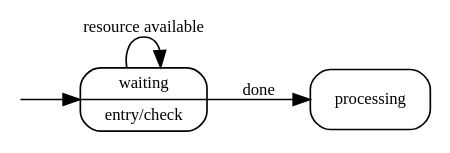
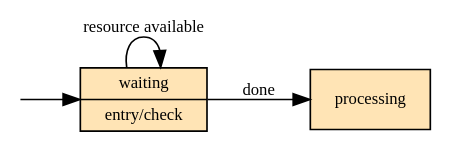
Before and after one commit to simonjwright/coldframe: the diagram in self-events.dot, drawn with Graphviz.

Commit message:
Mrecords can't be filled; has to be a plain record.

```diff
--- a/self-events.dot
+++ b/self-events.dot
@@ -1,16 +1,18 @@
-// $Id: self-events.dot,v b5c990f673e3 2007/10/20 19:48:53 simonjwright $
+// $Id: self-events.dot,v fe2fb3e44d2a 2007/10/21 17:59:05 simonjwright $
 // dot diagram showing use of self event to count resources
 
 digraph {
 
-rankdir=LR
+edge [fontsize=10];
+node [shape=record, style=filled, fillcolor="moccasin", fontsize=10];
+rankdir=LR;
 
-initial [shape=point, width=0]
-waiting [shape=Mrecord, label="waiting | entry/check", fontsize=10]
-processing [shape=Mrecord, fontsize=10]
+initial [shape=point, style=invisible, width=0];
+waiting [label="waiting | entry/check"];
+processing [];
 
-initial -> waiting
-waiting -> waiting [label="resource available", fontsize=10]
-waiting -> processing [label="done", fontsize=10]
+initial -> waiting;
+waiting -> waiting [label="resource available"];
+waiting -> processing [label="done"];
 
 }
```
